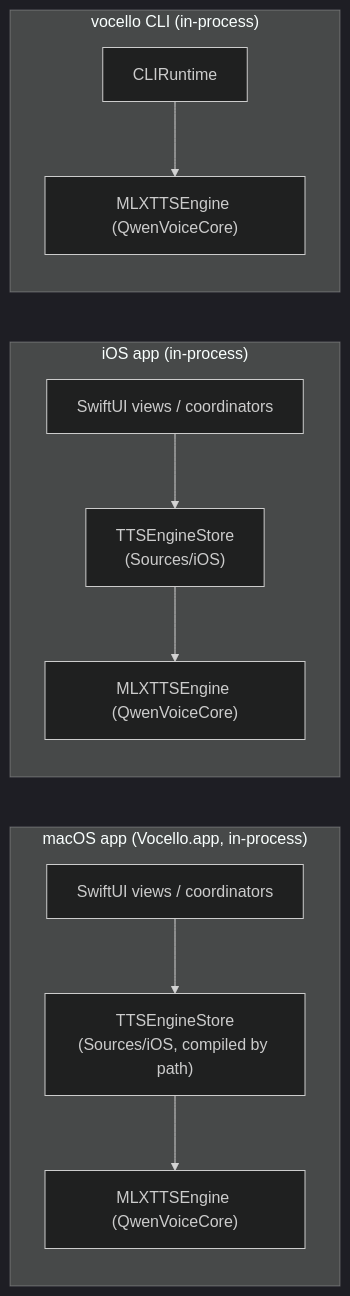
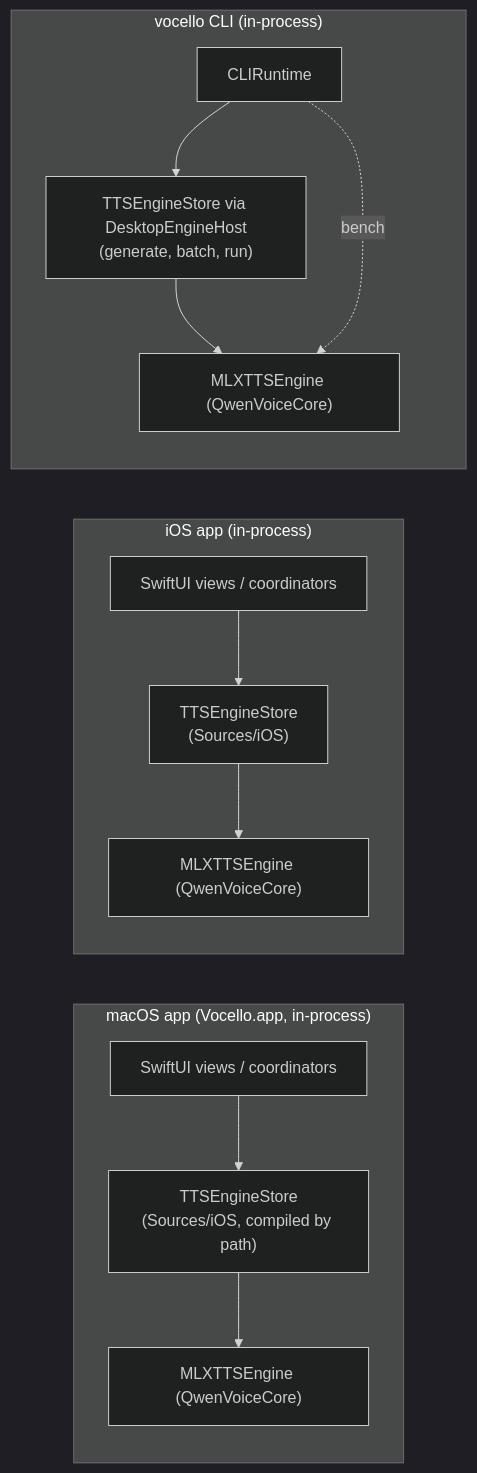
Before and after one commit to PowerBeef/Vocello: the second of 7 diagrams in docs/ARCHITECTURE.md, drawn with Mermaid (dark theme). The commit also changed other lines of this file and 11 other files, not shown here.

````diff
--- a/docs/ARCHITECTURE.md
+++ b/docs/ARCHITECTURE.md
@@ -240,21 +245,23 @@
 ```mermaid
 flowchart LR
     subgraph macOS["macOS app (Vocello.app, in-process)"]
         MacUI["SwiftUI views / coordinators"]
         MacStore["TTSEngineStore<br/>(Sources/iOS, compiled by path)"]
         Core1["MLXTTSEngine (QwenVoiceCore)"]
     end
     subgraph iOS["iOS app (in-process)"]
         IOSUI["SwiftUI views / coordinators"]
         IOSStore["TTSEngineStore<br/>(Sources/iOS)"]
         Core2["MLXTTSEngine (QwenVoiceCore)"]
     end
     subgraph CLI["vocello CLI (in-process)"]
         CLIRuntime["CLIRuntime"]
+        CLIStore["TTSEngineStore via DesktopEngineHost<br/>(generate, batch, run)"]
         Core3["MLXTTSEngine (QwenVoiceCore)"]
     end
 
     MacUI --> MacStore --> Core1
     IOSUI --> IOSStore --> Core2
-    CLIRuntime --> Core3
+    CLIRuntime --> CLIStore --> Core3
+    CLIRuntime -.->|"bench"| Core3
 ```
````
